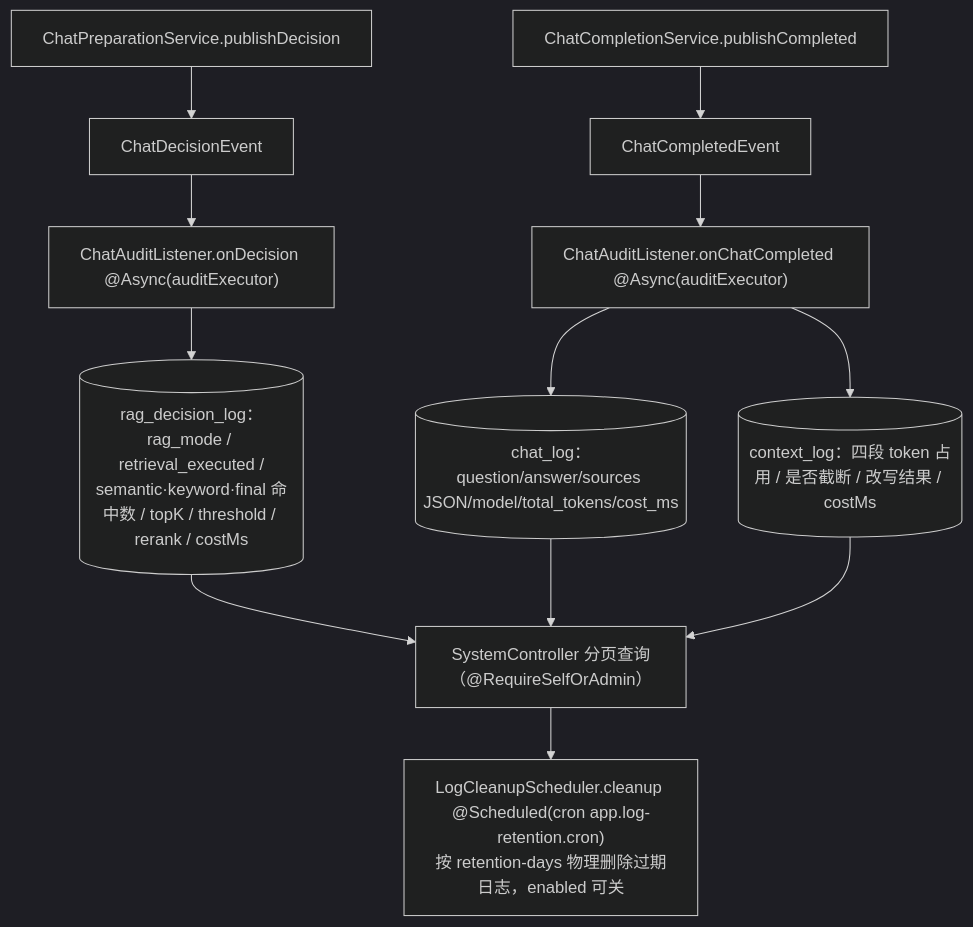
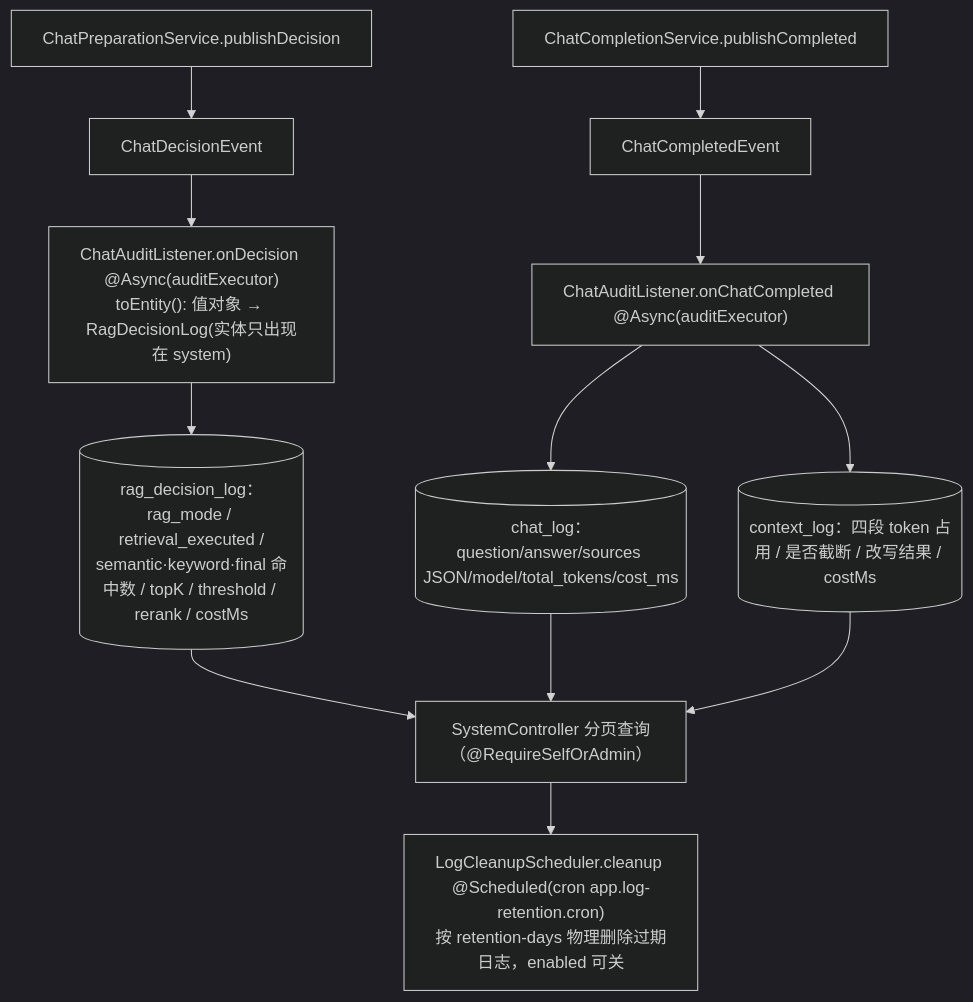
Diagram 15 of 20 in docs/flow-map.md (suiyile02/cc-ai-agent), drawn with Mermaid (dark theme) before and after one commit. The commit also changed other lines of this file and 15 other files, not shown here.

````diff
--- a/docs/flow-map.md
+++ b/docs/flow-map.md
@@ -545,14 +552,14 @@
 ```mermaid
 flowchart TD
     E1["ChatPreparationService.publishDecision"] --> Q1["ChatDecisionEvent"]
     E2["ChatCompletionService.publishCompleted"] --> Q2["ChatCompletedEvent"]
-    Q1 --> L1["ChatAuditListener.onDecision @Async(auditExecutor)"]
+    Q1 --> L1["ChatAuditListener.onDecision @Async(auditExecutor)<br/>toEntity(): 值对象 → RagDecisionLog(实体只出现在 system)"]
     Q2 --> L2["ChatAuditListener.onChatCompleted @Async(auditExecutor)"]
     L1 --> T1[("rag_decision_log：rag_mode / retrieval_executed /<br/>semantic·keyword·final 命中数 / topK / threshold / rerank / costMs")]
     L2 --> T2[("chat_log：question/answer/sources JSON/model/total_tokens/cost_ms")]
     L2 --> T3[("context_log：四段 token 占用 / 是否截断 / 改写结果 / costMs")]
     T1 --> S1["SystemController 分页查询（@RequireSelfOrAdmin）"]
     T2 --> S1
     T3 --> S1
     S1 --> S2["LogCleanupScheduler.cleanup @Scheduled(cron app.log-retention.cron)<br/>按 retention-days 物理删除过期日志，enabled 可关"]
 ```
````
